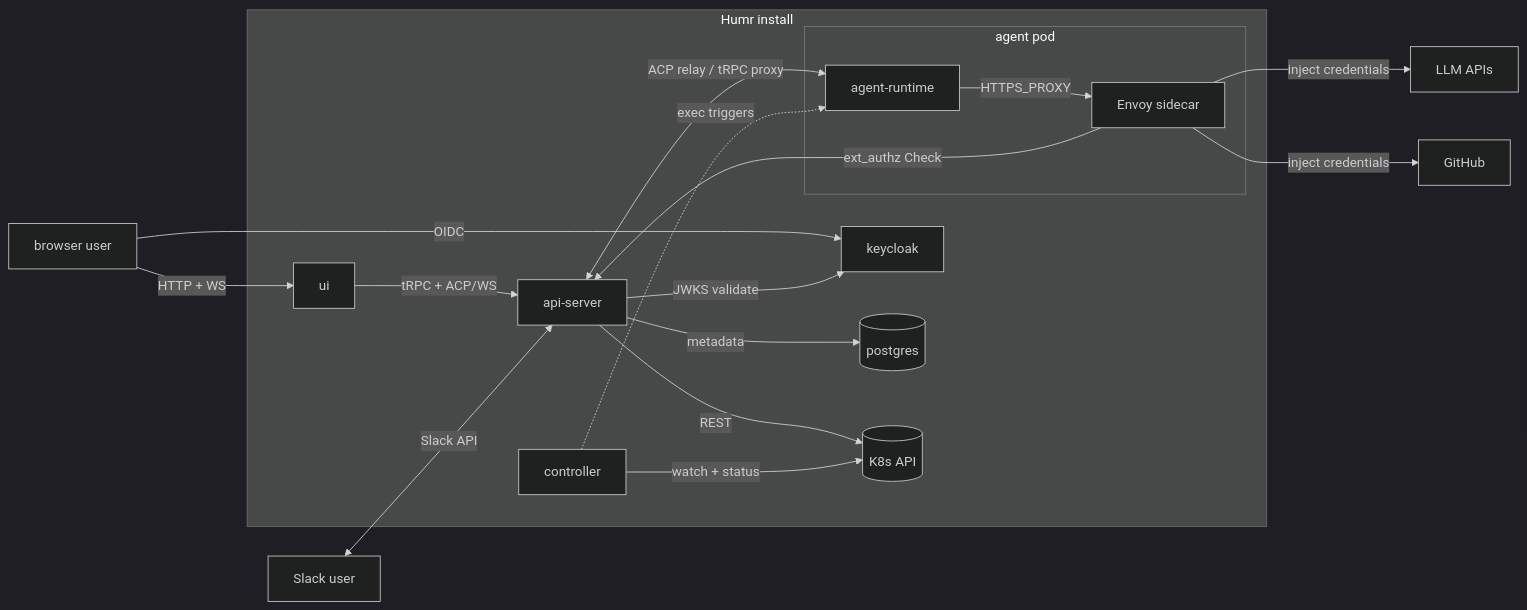
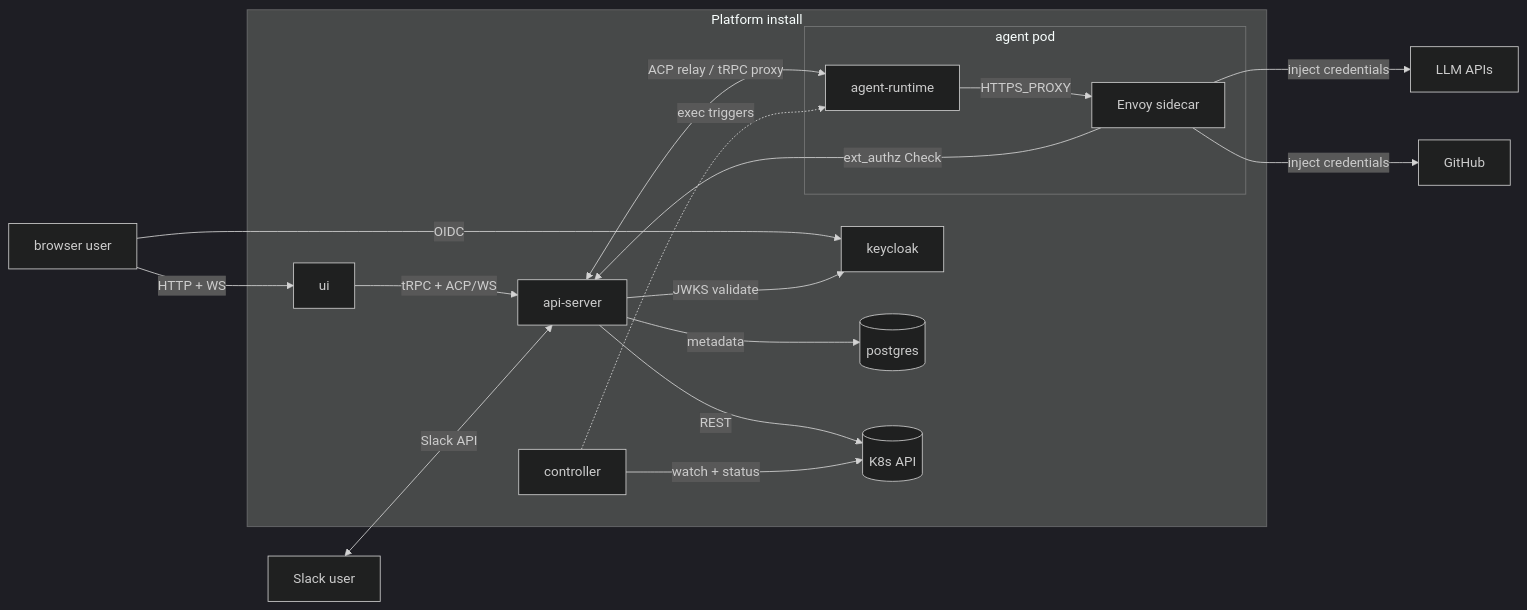
The diagram in docs/architecture.md (subbyte/dam), drawn with Mermaid (dark theme) before and after one commit. The commit also changed other lines of this file and 272 other files, not shown here.

````diff
--- a/docs/architecture.md
+++ b/docs/architecture.md
@@ -7,39 +7,39 @@
 ```mermaid
 flowchart LR
   user[browser user]
   slack-user[Slack user]
   llm[LLM APIs]
   github[GitHub]
 
-  subgraph cluster[Humr install]
+  subgraph cluster[Platform install]
     ui[ui]
     api-server[api-server]
     controller[controller]
     keycloak[keycloak]
     postgres[(postgres)]
     k8s-api[(K8s API)]
     subgraph agentpod[agent pod]
       agent-runtime
       envoy[Envoy sidecar]
     end
   end
 
   user -->|HTTP + WS| ui
   ui -->|tRPC + ACP/WS| api-server
   user -->|OIDC| keycloak
 
   slack-user <-->|Slack API| api-server
 
   api-server <-->|ACP relay / tRPC proxy| agent-runtime
   api-server -->|REST| k8s-api
   api-server -->|JWKS validate| keycloak
   api-server -->|metadata| postgres
 
   controller -->|watch + status| k8s-api
   controller -.exec triggers.-> agent-runtime
 
   agent-runtime -->|HTTPS_PROXY| envoy
   envoy -->|ext_authz Check| api-server
   envoy -->|inject credentials| llm
   envoy -->|inject credentials| github
 ```
````
